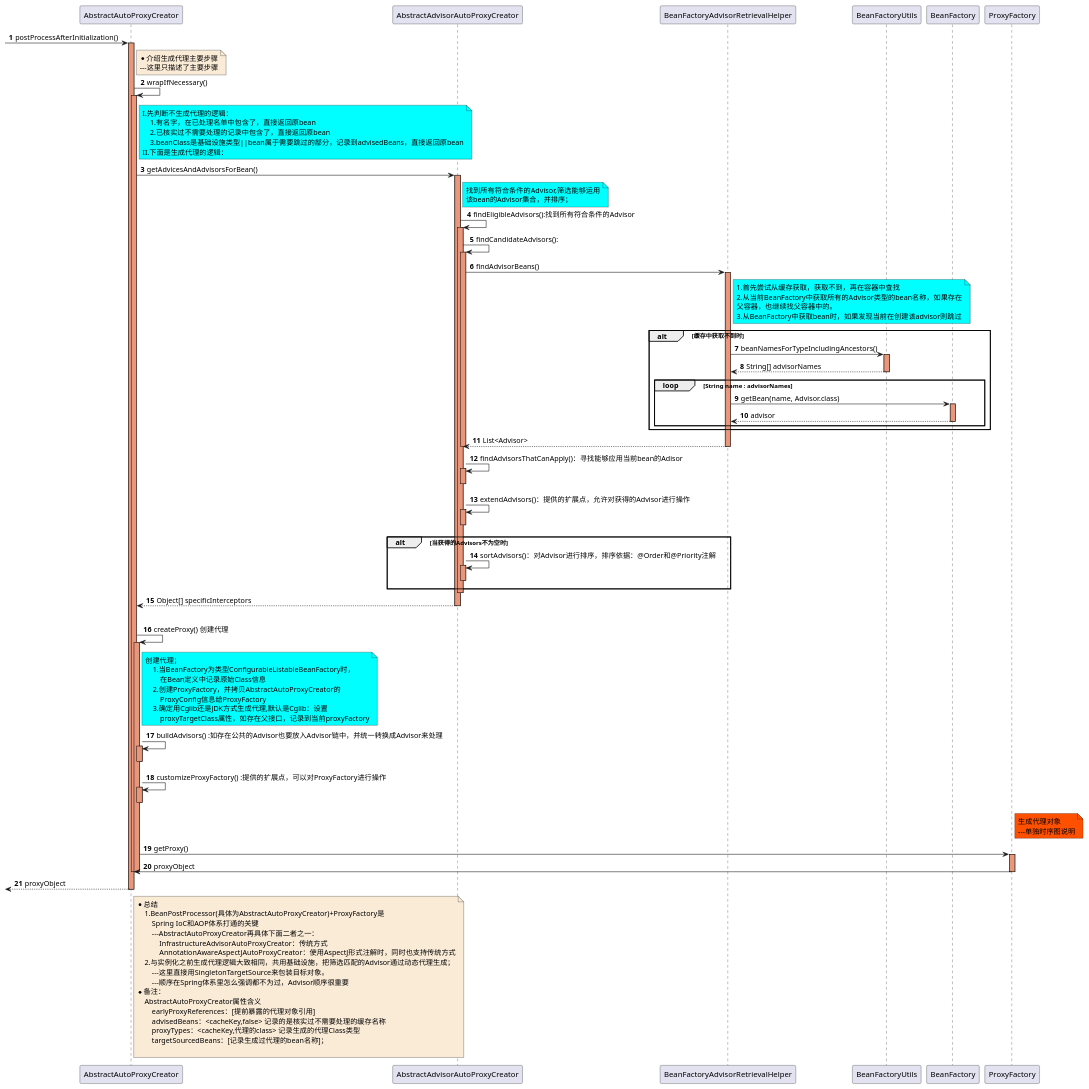
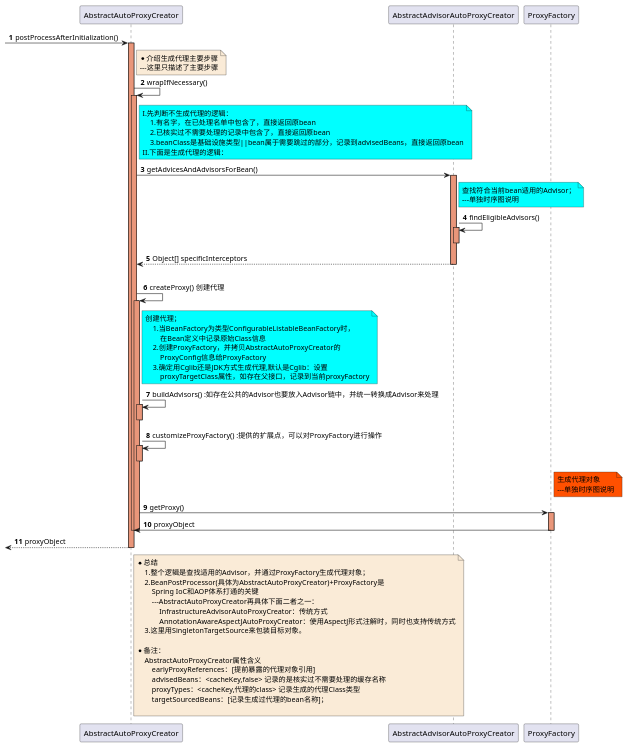
One commit to czwer/learn-spring-code changed the diagram in document/spring/base/sequence/Bean-Instantiation-7-AOP-GenerateProxyObject-AbstractAutoProxyCreator_postProcessAfterInitialization-sequence.puml. Above: the diagram before and after it, drawn with PlantUML. The commit also changed 2 other files, not shown here.

```diff
--- a/document/spring/base/sequence/Bean-Instantiation-7-AOP-GenerateProxyObject-AbstractAutoProxyCreator_postProcessAfterInitialization-sequence.puml
+++ b/document/spring/base/sequence/Bean-Instantiation-7-AOP-GenerateProxyObject-AbstractAutoProxyCreator_postProcessAfterInitialization-sequence.puml
@@ -1,140 +1,98 @@
 @startuml
 
 autonumber
 
 ->AbstractAutoProxyCreator : postProcessAfterInitialization()
 activate AbstractAutoProxyCreator #DarkSalmon
     note right of AbstractAutoProxyCreator #FAEBD7
         *介绍生成代理主要步骤
         ---这里只描述了主要步骤
     end note
 
     AbstractAutoProxyCreator -> AbstractAutoProxyCreator: wrapIfNecessary()
     activate AbstractAutoProxyCreator #DarkSalmon
 
         note right of AbstractAutoProxyCreator #aqua
             I.先判断不生成代理的逻辑：
                 1.有名字，在已处理名单中包含了，直接返回原bean
                 2.已核实过不需要处理的记录中包含了，直接返回原bean
                 3.beanClass是基础设施类型||bean属于需要跳过的部分，记录到advisedBeans，直接返回原bean
             II.下面是生成代理的逻辑：
         end note
         AbstractAutoProxyCreator->AbstractAdvisorAutoProxyCreator : getAdvicesAndAdvisorsForBean()
         activate AbstractAdvisorAutoProxyCreator #DarkSalmon
 
             note right of AbstractAdvisorAutoProxyCreator #aqua
-                找到所有符合条件的Advisor,筛选能够运用
-                该bean的Advisor集合，并排序；
+                查找符合当前bean适用的Advisor；
+                ---单独时序图说明
             end note
 
-            AbstractAdvisorAutoProxyCreator->AbstractAdvisorAutoProxyCreator : findEligibleAdvisors():找到所有符合条件的Advisor
+            AbstractAdvisorAutoProxyCreator->AbstractAdvisorAutoProxyCreator : findEligibleAdvisors()
             activate AbstractAdvisorAutoProxyCreator #DarkSalmon
 
-                AbstractAdvisorAutoProxyCreator->AbstractAdvisorAutoProxyCreator : findCandidateAdvisors():
-                activate AbstractAdvisorAutoProxyCreator #DarkSalmon
-
-                    AbstractAdvisorAutoProxyCreator->BeanFactoryAdvisorRetrievalHelper : findAdvisorBeans()
-                    activate BeanFactoryAdvisorRetrievalHelper #DarkSalmon
-                         note right of BeanFactoryAdvisorRetrievalHelper #aqua
-                             1.首先尝试从缓存获取，获取不到，再在容器中查找
-                             2.从当前BeanFactory中获取所有的Advisor类型的bean名称，如果存在
-                             父容器，也继续找父容器中的。
-                             3.从BeanFactory中获取bean时，如果发现当前在创建该advisor则跳过
-                         end note
-                         alt 缓存中获取不到时
-                            BeanFactoryAdvisorRetrievalHelper -> BeanFactoryUtils : beanNamesForTypeIncludingAncestors()
-                            activate BeanFactoryUtils #DarkSalmon
-                            BeanFactoryUtils-->BeanFactoryAdvisorRetrievalHelper : String[] advisorNames
-                            deactivate BeanFactoryUtils
-
-                            loop String name : advisorNames
-                                BeanFactoryAdvisorRetrievalHelper ->BeanFactory : getBean(name, Advisor.class)
-                                activate BeanFactory #DarkSalmon
-                                BeanFactory-->BeanFactoryAdvisorRetrievalHelper : advisor
-                                deactivate BeanFactory
-                            end
-                         end
-                    BeanFactoryAdvisorRetrievalHelper -->AbstractAdvisorAutoProxyCreator : List<Advisor>
-                    deactivate BeanFactoryAdvisorRetrievalHelper
-
-                deactivate AbstractAdvisorAutoProxyCreator
-
-                AbstractAdvisorAutoProxyCreator->AbstractAdvisorAutoProxyCreator : findAdvisorsThatCanApply()：寻找能够应用当前bean的Adisor
-                activate AbstractAdvisorAutoProxyCreator #DarkSalmon
-                deactivate AbstractAdvisorAutoProxyCreator
-
-                AbstractAdvisorAutoProxyCreator->AbstractAdvisorAutoProxyCreator : extendAdvisors()：提供的扩展点，允许对获得的Advisor进行操作
-                activate AbstractAdvisorAutoProxyCreator #DarkSalmon
-                deactivate AbstractAdvisorAutoProxyCreator
-
-                alt 当获得的Advisors不为空时
-                    AbstractAdvisorAutoProxyCreator->AbstractAdvisorAutoProxyCreator : sortAdvisors()：对Advisor进行排序，排序依据：@Order和@Priority注解
-                    activate AbstractAdvisorAutoProxyCreator #DarkSalmon
-                    deactivate AbstractAdvisorAutoProxyCreator
-                end
 
             deactivate AbstractAdvisorAutoProxyCreator
 
         AbstractAdvisorAutoProxyCreator --> AbstractAutoProxyCreator : Object[] specificInterceptors
         deactivate AbstractAdvisorAutoProxyCreator
 
         alt
         AbstractAutoProxyCreator->AbstractAutoProxyCreator : createProxy() 创建代理
         activate AbstractAutoProxyCreator #DarkSalmon
 
             note right of AbstractAutoProxyCreator #aqua
                 创建代理；
                     1.当BeanFactory为类型ConfigurableListableBeanFactory时，
                         在Bean定义中记录原始Class信息
                     2.创建ProxyFactory，并拷贝AbstractAutoProxyCreator的
                         ProxyConfig信息给ProxyFactory
                     3.确定用Cglib还是JDK方式生成代理,默认是Cglib：设置
                         proxyTargetClass属性，如存在父接口，记录到当前proxyFactory
             end note
 
             AbstractAutoProxyCreator->AbstractAutoProxyCreator : buildAdvisors() :如存在公共的Advisor也要放入Advisor链中，并统一转换成Advisor来处理
             activate AbstractAutoProxyCreator #DarkSalmon
             deactivate AbstractAutoProxyCreator
 
             AbstractAutoProxyCreator->AbstractAutoProxyCreator : customizeProxyFactory() :提供的扩展点，可以对ProxyFactory进行操作
             activate AbstractAutoProxyCreator #DarkSalmon
             deactivate AbstractAutoProxyCreator
 
 
             note right of ProxyFactory #FF5000
                生成代理对象
                ---单独时序图说明
             end note
             AbstractAutoProxyCreator ->ProxyFactory :getProxy()
             activate ProxyFactory #DarkSalmon
             ProxyFactory ->AbstractAutoProxyCreator :proxyObject
             deactivate ProxyFactory
 
         deactivate AbstractAutoProxyCreator
 
     deactivate AbstractAutoProxyCreator
 
 
 
 <--AbstractAutoProxyCreator : proxyObject
 deactivate AbstractAutoProxyCreator
     note right of AbstractAutoProxyCreator #FAEBD7
         *总结
-            1.BeanPostProcessor(具体为AbstractAutoProxyCreator)+ProxyFactory是
+            1.整个逻辑是查找适用的Advisor，并通过ProxyFactory生成代理对象；
+            2.BeanPostProcessor(具体为AbstractAutoProxyCreator)+ProxyFactory是
                 Spring IoC和AOP体系打通的关键
                 ---AbstractAutoProxyCreator再具体下面二者之一：
                     InfrastructureAdvisorAutoProxyCreator：传统方式
                     AnnotationAwareAspectJAutoProxyCreator：使用AspectJ形式注解时，同时也支持传统方式
-            2.与实例化之前生成代理逻辑大致相同，共用基础设施，把筛选匹配的Advisor通过动态代理生成；
-                ---这里直接用SingletonTargetSource来包装目标对象。
-                ---顺序在Spring体系里怎么强调都不为过，Advisor顺序很重要
+            3.这里用SingletonTargetSource来包装目标对象。
+
         *备注：
             AbstractAutoProxyCreator属性含义
                 earlyProxyReferences：[提前暴露的代理对象引用]
                 advisedBeans：<cacheKey,false> 记录的是核实过不需要处理的缓存名称
                 proxyTypes：<cacheKey,代理的class> 记录生成的代理Class类型
                 targetSourcedBeans：[记录生成过代理的bean名称]；
 
     end note
 
 @enduml
```
